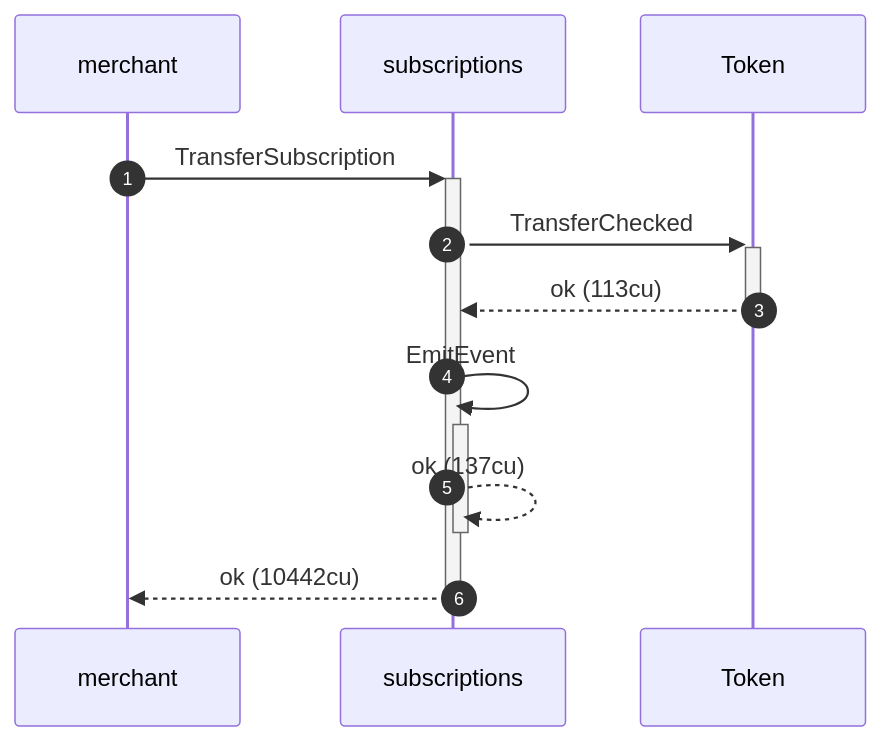
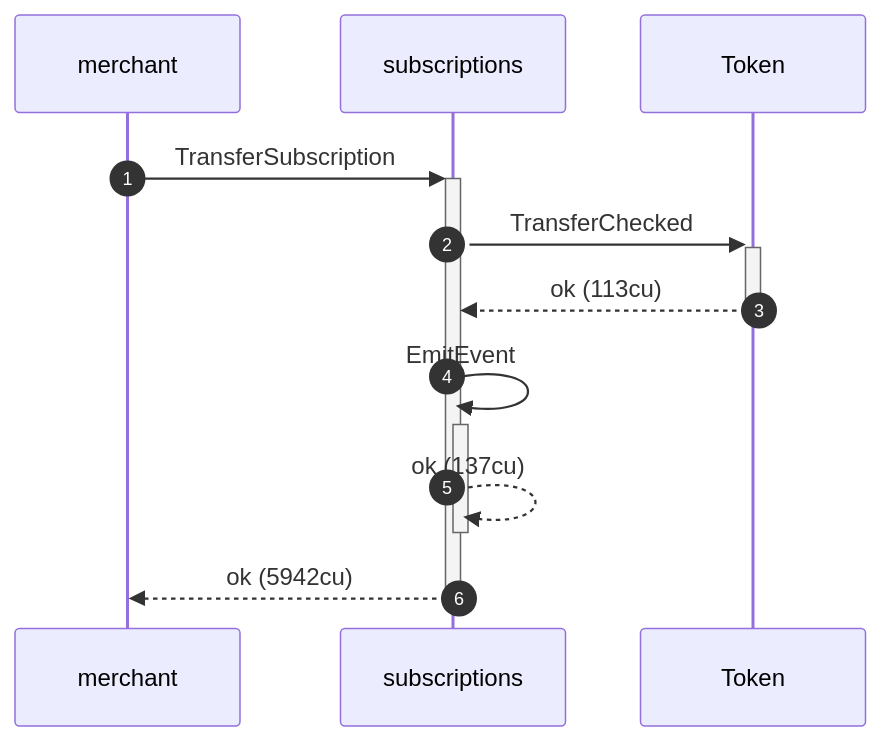
One commit to cds-rs/subscriptions changed the tenth of 16 diagrams in dsl_tests/transfer-subscription--the-period-rolls-over.md. Above: the diagram before and after it, drawn with Mermaid. The commit also changed other lines of this file and 224 other files, not shown here.

````diff
--- a/dsl_tests/transfer-subscription--the-period-rolls-over.md
+++ b/dsl_tests/transfer-subscription--the-period-rolls-over.md
@@ -189,13 +198,13 @@
 ```mermaid
 sequenceDiagram
     autonumber
     participant merchant
     participant subscriptions
     participant Token
     merchant ->>+ subscriptions: TransferSubscription
     subscriptions ->>+ Token: TransferChecked
     Token -->>- subscriptions: ok (113cu)
     subscriptions ->>+ subscriptions: EmitEvent
     subscriptions -->>- subscriptions: ok (137cu)
-    subscriptions -->>- merchant: ok (10442cu)
+    subscriptions -->>- merchant: ok (5942cu)
 ```
````
